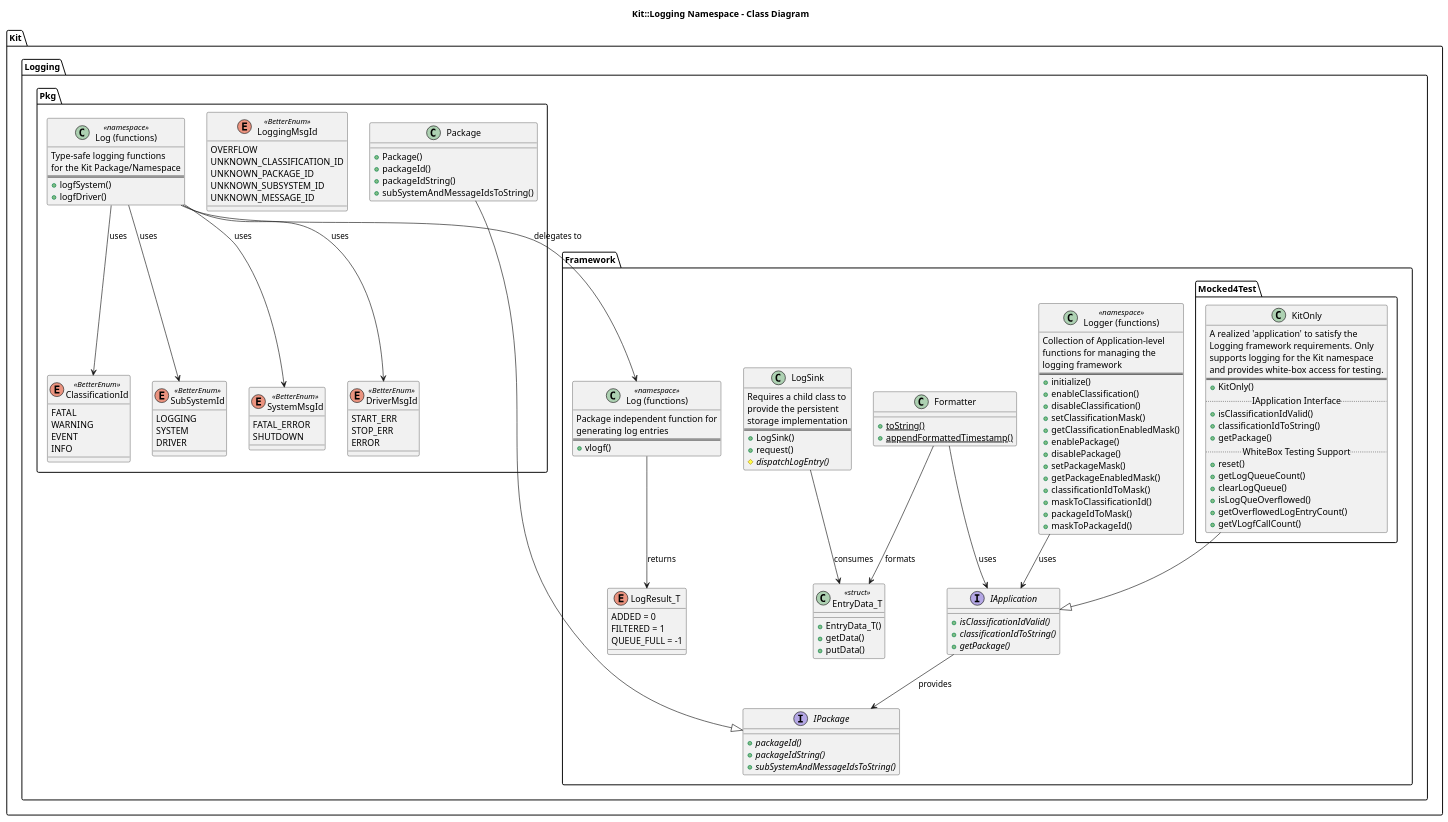
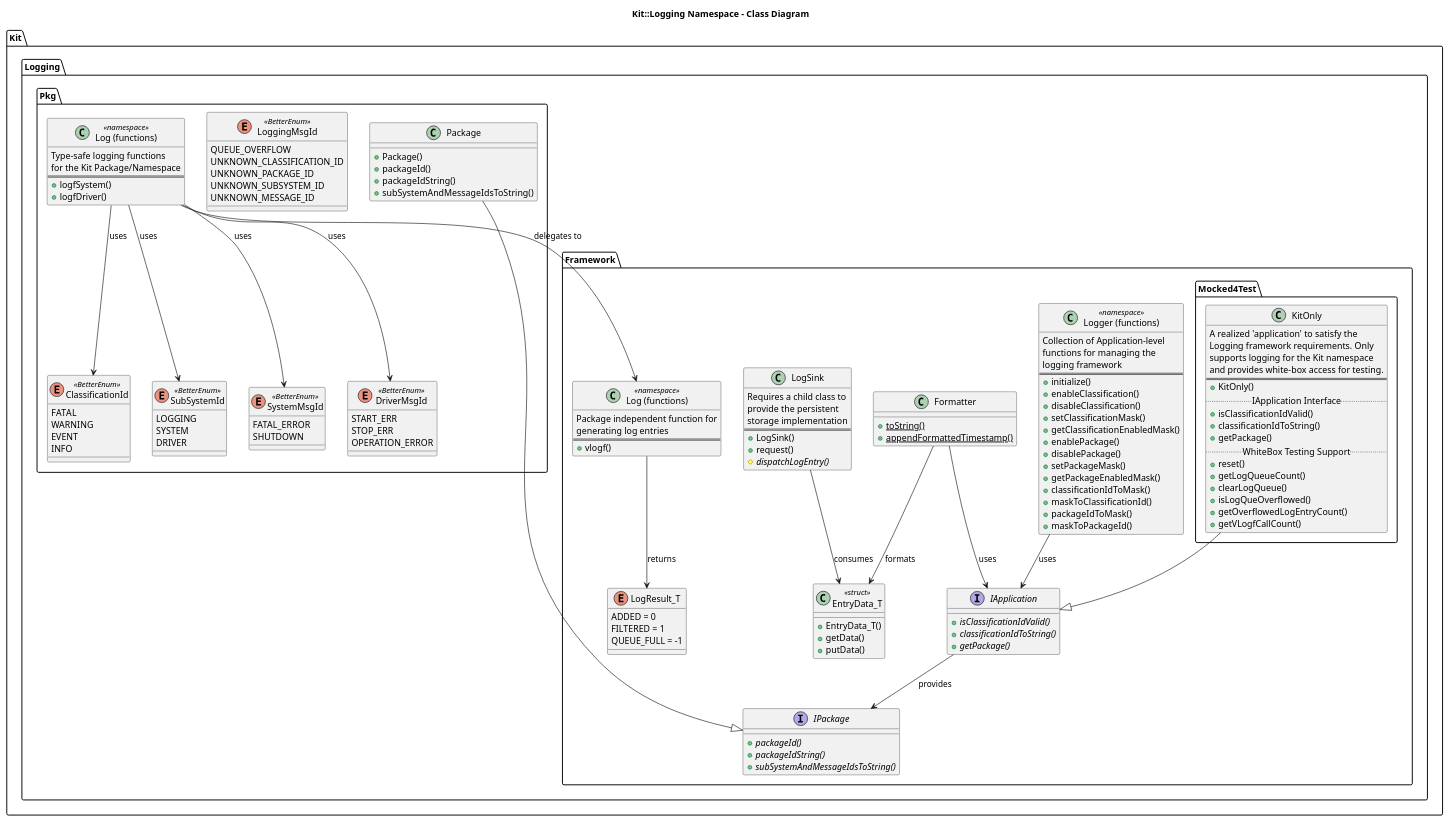
The diagram in src/Kit/Logging/class-diagram.puml (Integerfox/kit.core), drawn with PlantUML before and after one commit. The commit also changed 8 other files, not shown here.

```diff
--- a/src/Kit/Logging/class-diagram.puml
+++ b/src/Kit/Logging/class-diagram.puml
@@ -1,163 +1,163 @@
 @startuml class-diagram
 
 title Kit::Logging Namespace - Class Diagram
 
 namespace Kit.Logging.Framework {
     
     enum LogResult_T {
         ADDED = 0
         FILTERED = 1
         QUEUE_FULL = -1
     }
     
     class EntryData_T <<struct>> {
         +EntryData_T()
         +getData()
         +putData()
     }
     
     interface IApplication {
         +{abstract} isClassificationIdValid()
         +{abstract} classificationIdToString()
         +{abstract} getPackage()
     }
     
     interface IPackage {
         +{abstract} packageId()
         +{abstract} packageIdString()
         +{abstract} subSystemAndMessageIdsToString()
     }
     
     class Formatter {
         +{static} toString()
         +{static} appendFormattedTimestamp()
     }
     
     class LogSink {
         Requires a child class to 
         provide the persistent
         storage implementation
         ==
         +LogSink()
         +request()
         #{abstract} dispatchLogEntry()
     }
     
     class "Logger (functions)" as Logger <<namespace>> {
         Collection of Application-level
         functions for managing the
         logging framework
         ==
         +initialize()
         +enableClassification()
         +disableClassification()
         +setClassificationMask()
         +getClassificationEnabledMask()
         +enablePackage()
         +disablePackage()
         +setPackageMask()
         +getPackageEnabledMask()
         +classificationIdToMask()
         +maskToClassificationId()
         +packageIdToMask()
         +maskToPackageId()
     }
     
     class "Log (functions)" as Log <<namespace>> {
         Package independent function for
         generating log entries
         ==
         +vlogf()
     }
     
     IApplication --> IPackage : provides
     Formatter --> IApplication : uses
     Formatter --> EntryData_T : formats
     LogSink --> EntryData_T : consumes
     Log --> LogResult_T : returns
     Logger --> IApplication : uses
 }
 
 namespace Kit.Logging.Framework.Mocked4Test {
     
     class KitOnly {
         A realized 'application' to satisfy the
         Logging framework requirements. Only 
         supports logging for the Kit namespace
         and provides white-box access for testing.
         ==
         +KitOnly()
         .. IApplication Interface ..
         +isClassificationIdValid()
         +classificationIdToString()
         +getPackage()
         .. WhiteBox Testing Support ..
         +reset()
         +getLogQueueCount()
         +clearLogQueue()
         +isLogQueOverflowed()
         +getOverflowedLogEntryCount()
         +getVLogfCallCount()
     }
     
     KitOnly --|> Kit.Logging.Framework.IApplication
 }
 
 namespace Kit.Logging.Pkg {
     
     class Package {
         +Package()
         +packageId()
         +packageIdString()
         +subSystemAndMessageIdsToString()
     }
     
     enum ClassificationId <<BetterEnum>> {
         FATAL
         WARNING
         EVENT
         INFO
     }
     
     enum SubSystemId <<BetterEnum>> {
         LOGGING
         SYSTEM
         DRIVER
     }
     
     enum LoggingMsgId <<BetterEnum>> {
-        OVERFLOW
+        QUEUE_OVERFLOW
         UNKNOWN_CLASSIFICATION_ID
         UNKNOWN_PACKAGE_ID
         UNKNOWN_SUBSYSTEM_ID
         UNKNOWN_MESSAGE_ID
     }
     
     enum SystemMsgId <<BetterEnum>> {
         FATAL_ERROR
         SHUTDOWN
     }
     
     enum DriverMsgId <<BetterEnum>> {
         START_ERR
         STOP_ERR
-        ERROR
+        OPERATION_ERROR
     }
     
     class "Log (functions)" as PkgLog <<namespace>> {
         Type-safe logging functions
         for the Kit Package/Namespace
         ==
         +logfSystem()
         +logfDriver()
     }
     
     Package --|> Kit.Logging.Framework.IPackage
     PkgLog --> ClassificationId : uses
     PkgLog --> SubSystemId : uses
     PkgLog --> SystemMsgId : uses
     PkgLog --> DriverMsgId : uses
     PkgLog --> Kit.Logging.Framework.Log : delegates to
 }
 
 @enduml
```
